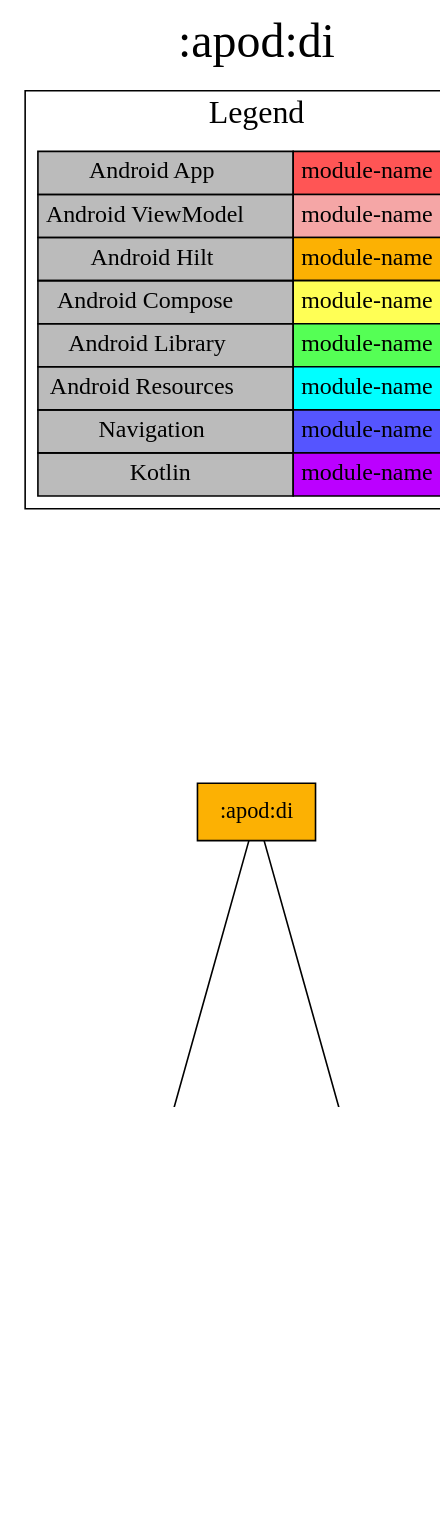
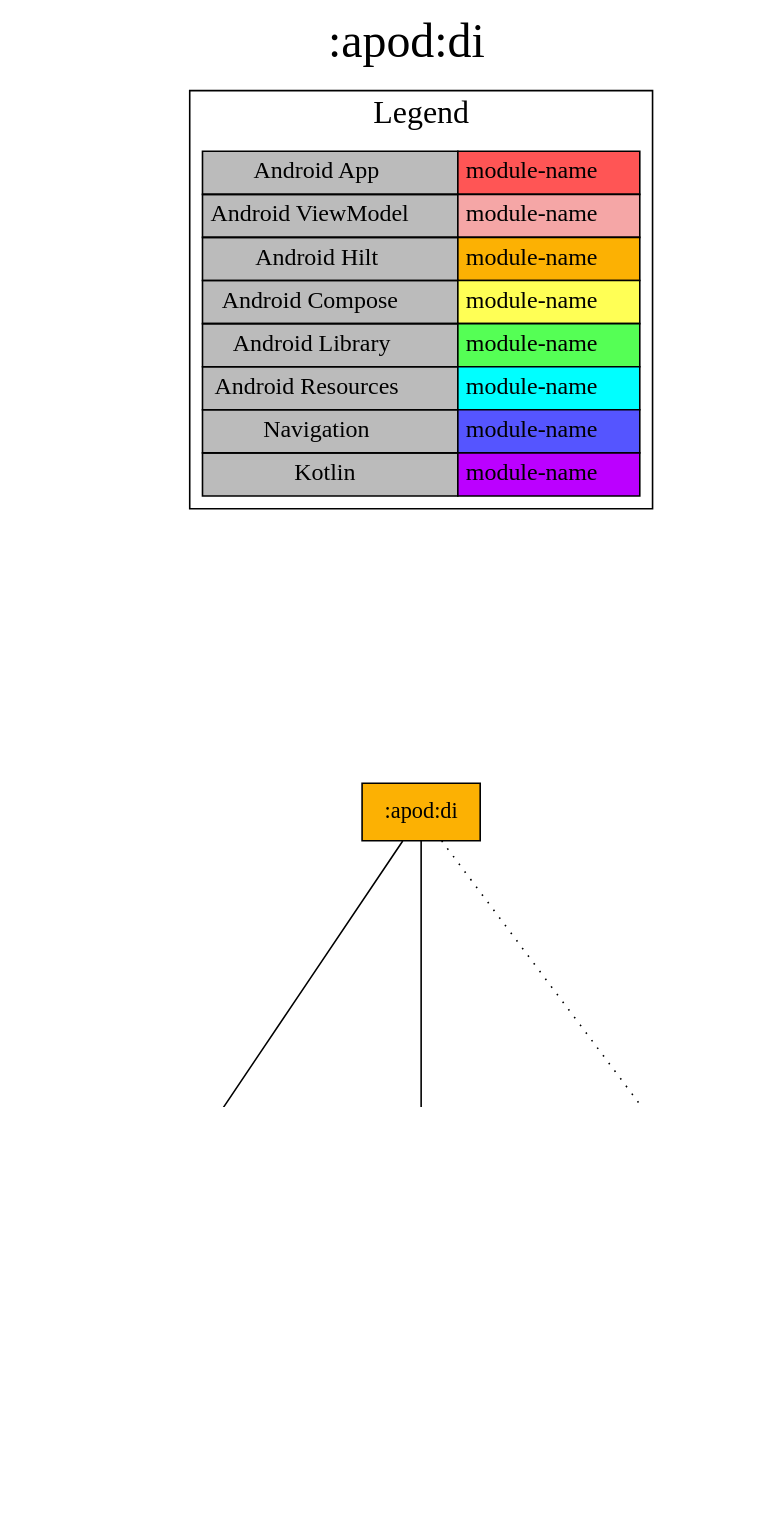
The diagram in modules/apod/di/project-dependency-graph.dot (jonapoul/nasa-android), drawn with Graphviz before and after one commit. The commit also changed 85 other files, not shown here.

```diff
--- a/modules/apod/di/project-dependency-graph.dot
+++ b/modules/apod/di/project-dependency-graph.dot
@@ -1,36 +1,37 @@
 digraph {
 edge ["dir"="forward"]
 graph ["dpi"="100","label"=":apod:di","labelloc"="t","fontsize"="30","ranksep"="2.5","rankdir"="TB"]
 node ["style"="filled"]
 ":apod:di" ["shape"="box","fillcolor"="#FCB103"]
 ":apod:data:api" ["fillcolor"="#BB00FF","shape"="box"]
 ":apod:model" ["fillcolor"="#BB00FF","shape"="box"]
 ":core:model" ["fillcolor"="#BB00FF","shape"="box"]
-":core:http" ["fillcolor"="#BB00FF","shape"="box"]
+":core:http:usage" ["fillcolor"="#BB00FF","shape"="box"]
+":core:http:factories" ["fillcolor"="#BB00FF","shape"="box"]
 {
 edge ["dir"="none"]
 graph ["rank"="same"]
 ":apod:di"
 }
 ":apod:di" -> ":apod:data:api"
-":apod:di" -> ":core:http"
+":apod:di" -> ":core:http:usage"
+":apod:di" -> ":core:http:factories" ["style"="dotted"]
 ":apod:data:api" -> ":apod:model"
 ":apod:data:api" -> ":core:model"
-":core:http" -> ":core:model"
 subgraph "cluster_legend" {
 edge ["dir"="none"]
 graph ["label"="Legend","fontsize"="20"]
 "Legend" ["style"="filled","fillcolor"="#bbbbbb","shape"="none","margin"="0","fontsize"="15","label"=<
 <TABLE BORDER="0" CELLBORDER="1" CELLSPACING="0" CELLPADDING="4">
 <TR><TD>Android App</TD><TD BGCOLOR="#FF5555">module-name</TD></TR>
 <TR><TD>Android ViewModel</TD><TD BGCOLOR="#F5A6A6">module-name</TD></TR>
 <TR><TD>Android Hilt</TD><TD BGCOLOR="#FCB103">module-name</TD></TR>
 <TR><TD>Android Compose</TD><TD BGCOLOR="#FFFF55">module-name</TD></TR>
 <TR><TD>Android Library</TD><TD BGCOLOR="#55FF55">module-name</TD></TR>
 <TR><TD>Android Resources</TD><TD BGCOLOR="#00FFFF">module-name</TD></TR>
 <TR><TD>Navigation</TD><TD BGCOLOR="#5555FF">module-name</TD></TR>
 <TR><TD>Kotlin</TD><TD BGCOLOR="#BB00FF">module-name</TD></TR>
 </TABLE>
 >]
 } -> ":apod:di" ["style"="invis"]
 }
```
